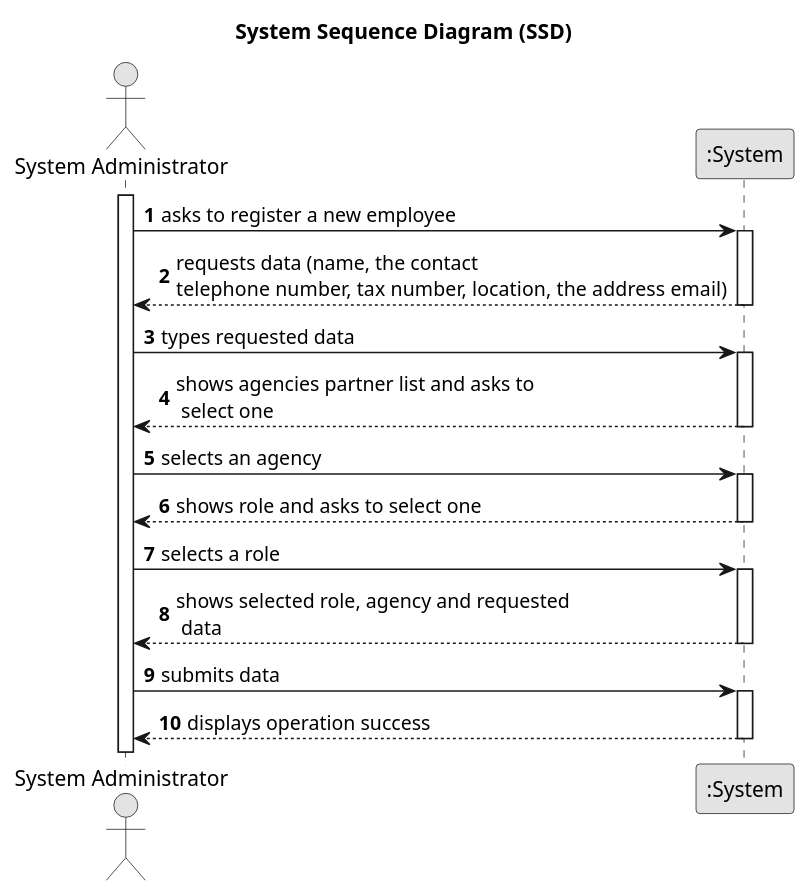
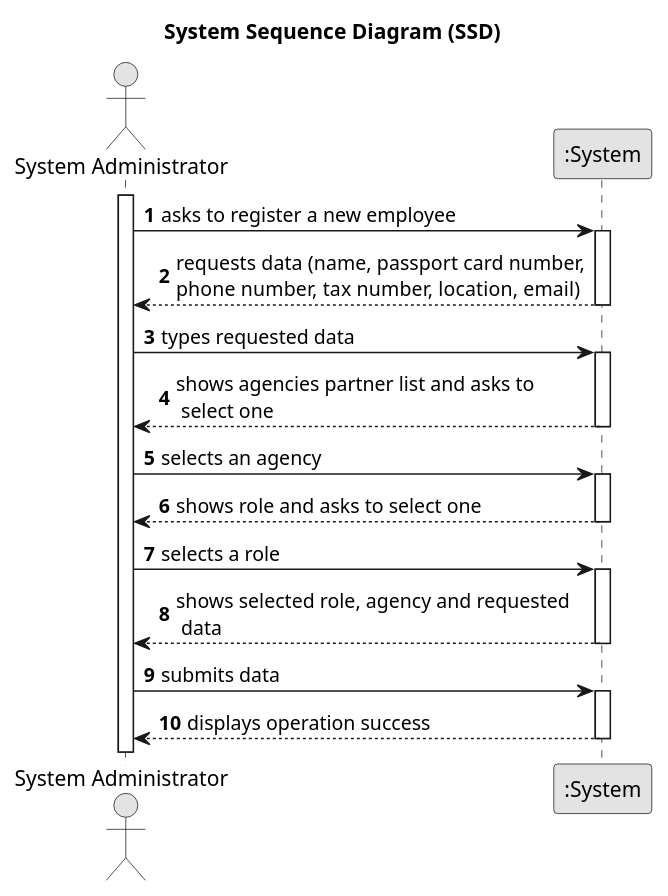
Before and after one commit to rita-barbosa/LAPR2-2223: the diagram in docs/sprintB/us003/01.requirements-engineering/puml/us003-system-sequence-diagram.puml, drawn with PlantUML. The commit also changed 5 other files, not shown here.

```diff
--- a/docs/sprintB/us003/01.requirements-engineering/puml/us003-system-sequence-diagram.puml
+++ b/docs/sprintB/us003/01.requirements-engineering/puml/us003-system-sequence-diagram.puml
@@ -1,47 +1,47 @@
 @startuml
 skinparam monochrome true
 skinparam packageStyle rectangle
 skinparam shadowing false
 
 title System Sequence Diagram (SSD)
 
 autonumber
 
 actor "System Administrator" as Employee
 participant ":System" as System
 
 activate Employee
 
     Employee -> System : asks to register a new employee
     activate System
 
-        System --> Employee : requests data (name, the contact \ntelephone number, tax number, location, the address email)
+        System --> Employee : requests data (name, passport card number,\nphone number, tax number, location, email)
     deactivate System
 
     Employee -> System : types requested data
     activate System
 
         System --> Employee : shows agencies partner list and asks to \n select one
     deactivate System
 
     Employee -> System : selects an agency
     activate System
 
 
     System --> Employee : shows role and asks to select one
         deactivate System
 
     Employee -> System : selects a role
             activate System
 
 
         System --> Employee : shows selected role, agency and requested \n data
     deactivate System
 
     Employee -> System : submits data
     activate System
 
         System --> Employee : displays operation success
     deactivate System
 
 @enduml
```
